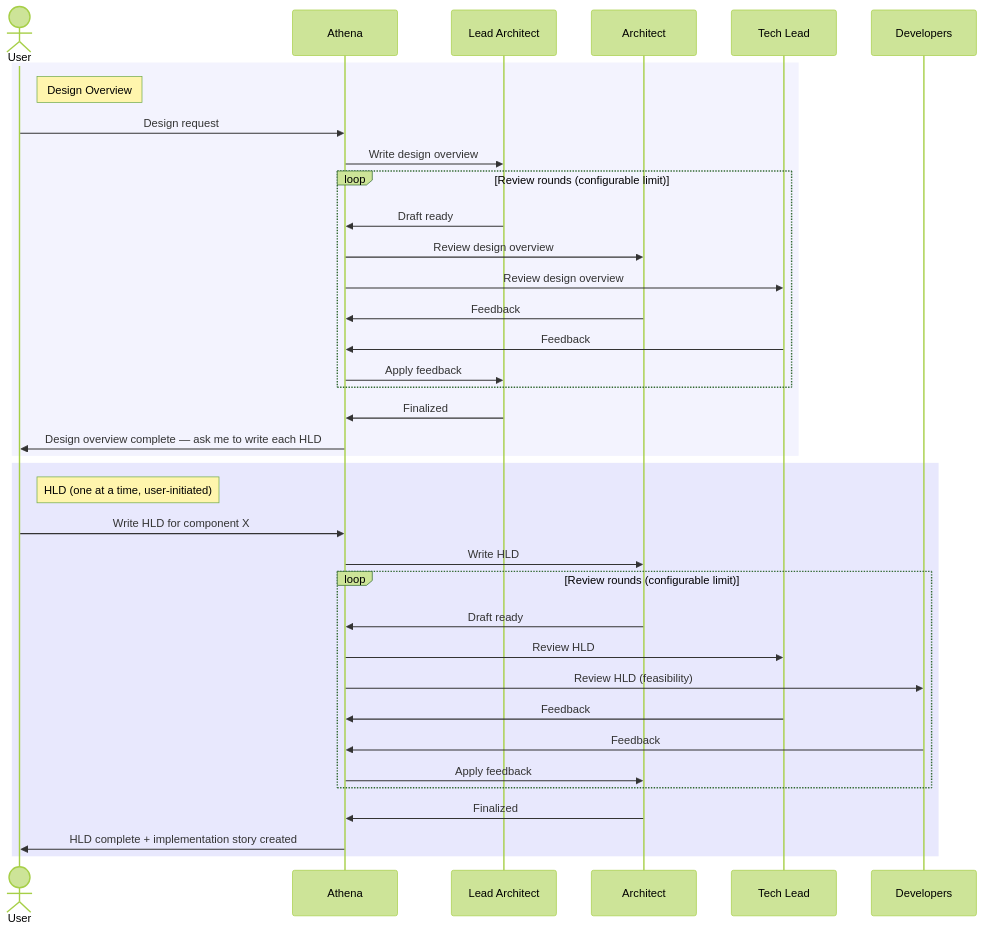
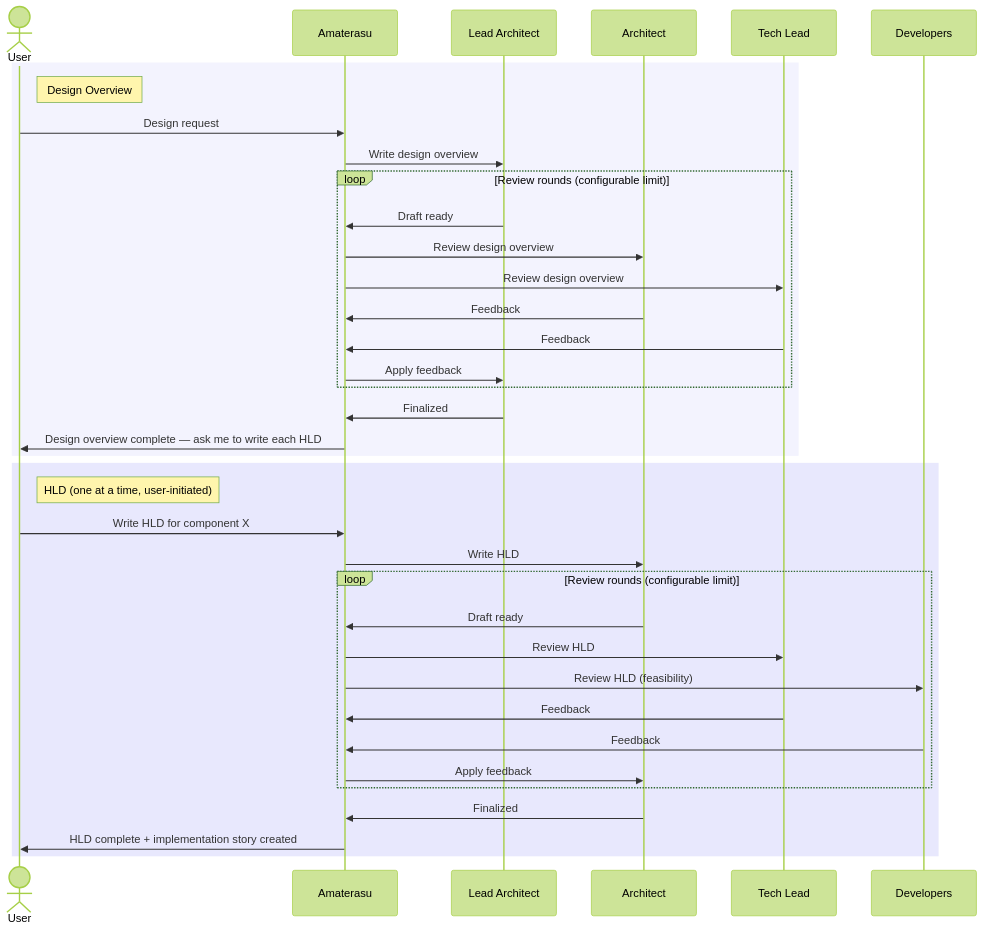
Before and after one commit to dragoscirjan/opencode-config: the fifth of 6 diagrams in README_DEV.md, drawn with Mermaid (forest theme). The commit also changed other lines of this file and 25 other files, not shown here.

````diff
--- a/README_DEV.md
+++ b/README_DEV.md
@@ -149,41 +149,41 @@
 ```mermaid
 sequenceDiagram
     actor User
-    participant A as Athena
+    participant A as Amaterasu
     participant LA as Lead Architect
     participant Arch as Architect
     participant TL as Tech Lead
     participant Devs as Developers
 
     rect rgb(99, 102, 241, 0.08)
     note right of User: Design Overview
     User->>A: Design request
     A->>LA: Write design overview
     loop Review rounds (configurable limit)
         LA->>A: Draft ready
         A->>Arch: Review design overview
         A->>TL: Review design overview
         Arch->>A: Feedback
         TL->>A: Feedback
         A->>LA: Apply feedback
     end
     LA->>A: Finalized
     A->>User: Design overview complete — ask me to write each HLD
     end
 
     rect rgb(99, 102, 241, 0.15)
     note right of User: HLD (one at a time, user-initiated)
     User->>A: Write HLD for component X
     A->>Arch: Write HLD
     loop Review rounds (configurable limit)
         Arch->>A: Draft ready
         A->>TL: Review HLD
         A->>Devs: Review HLD (feasibility)
         TL->>A: Feedback
         Devs->>A: Feedback
         A->>Arch: Apply feedback
     end
     Arch->>A: Finalized
     A->>User: HLD complete + implementation story created
     end
 ```
````
